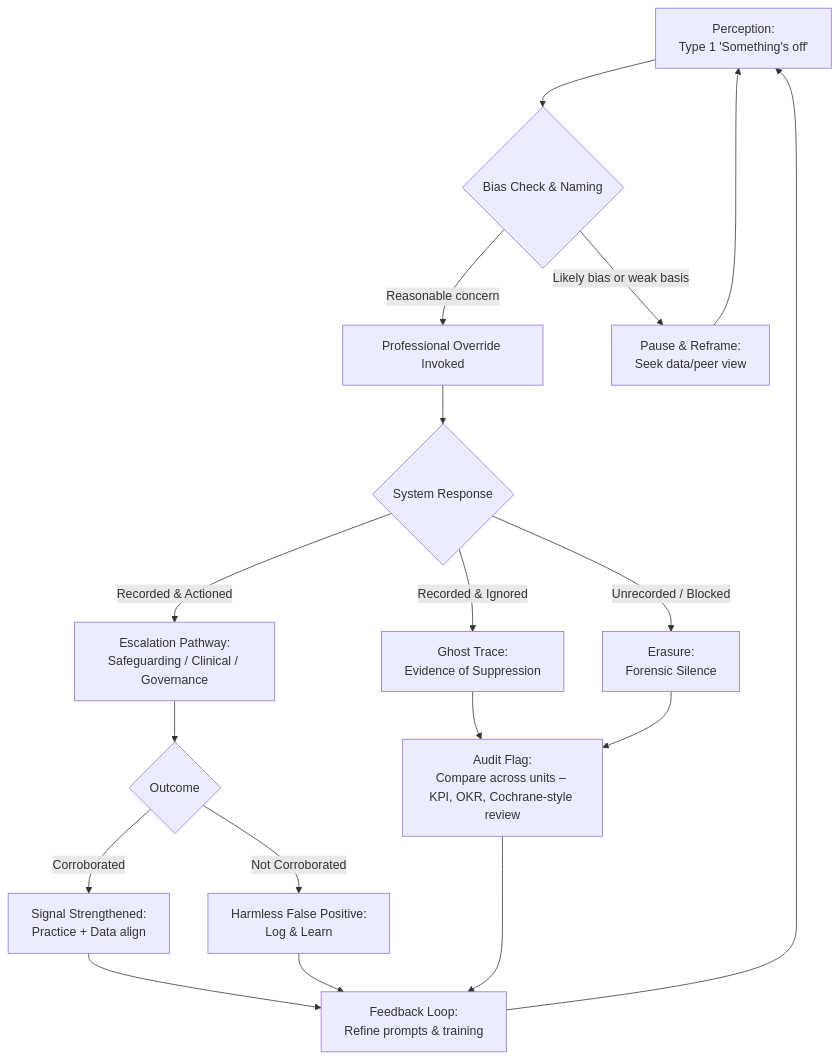
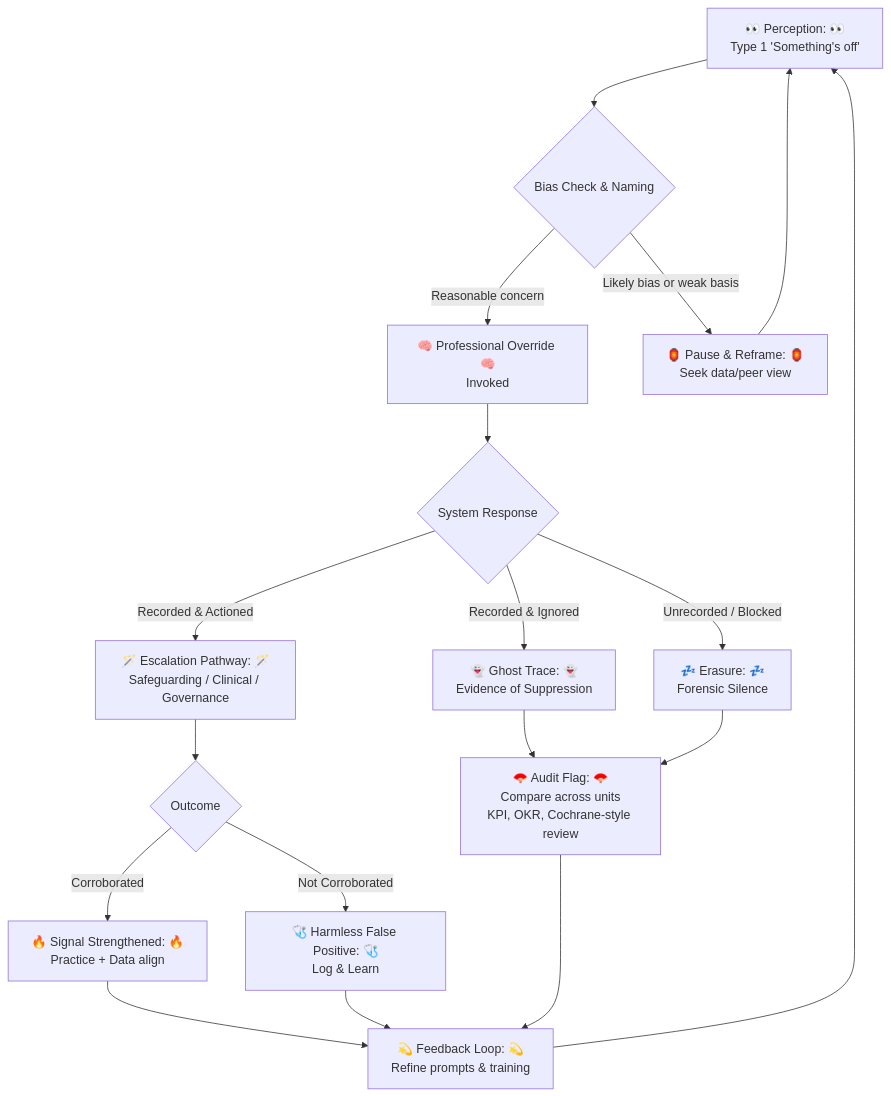
One commit to josefsbreakfast/Polaris-Protocol changed the diagram in Disruption_Kit/Big_Picture_Protocols/🌱_Human_Principles/🧠_intuition_as_skill.md. Above: the diagram before and after it, drawn with Mermaid. The commit also changed other lines of this file, not shown here.

````diff
--- a/Disruption_Kit/Big_Picture_Protocols/🌱_Human_Principles/🧠_intuition_as_skill.md
+++ b/Disruption_Kit/Big_Picture_Protocols/🌱_Human_Principles/🧠_intuition_as_skill.md
@@ -45,19 +44,19 @@
 ```mermaid
 flowchart TD
-    A[Perception:\nType 1 'Something's off'] --> B{Bias Check & Naming}
-    B -->|Reasonable concern| C[Professional Override Invoked]
-    B -->|Likely bias or weak basis| B2[Pause & Reframe:\nSeek data/peer view] --> A
+    A[👀 Perception: 👀<br>Type 1 'Something's off'] --> B{Bias Check & Naming}
+    B -->|Reasonable concern| C[🧠 Professional Override 🧠<br>Invoked]
+    B -->|Likely bias or weak basis| B2[🏮 Pause & Reframe: 🏮<br>Seek data/peer view] --> A
     C --> D{System Response}
-    D -->|Recorded & Actioned| E[Escalation Pathway:\nSafeguarding / Clinical / Governance]
-    D -->|Recorded & Ignored| F[Ghost Trace:\nEvidence of Suppression]
-    D -->|Unrecorded / Blocked| G[Erasure:\nForensic Silence]
+    D -->|Recorded & Actioned| E[🪄 Escalation Pathway: 🪄<br>Safeguarding / Clinical / Governance]
+    D -->|Recorded & Ignored| F[👻 Ghost Trace: 👻<br>Evidence of Suppression]
+    D -->|Unrecorded / Blocked| G[💤 Erasure: 💤<br>Forensic Silence]
     E --> H{Outcome}
-    H -->|Corroborated| I[Signal Strengthened:\nPractice + Data align]
-    H -->|Not Corroborated| J[Harmless False Positive:\nLog & Learn]
-    F --> K[Audit Flag:\nCompare across units – KPI, OKR, Cochrane-style review]
+    H -->|Corroborated| I[🔥 Signal Strengthened: 🔥<br>Practice + Data align]
+    H -->|Not Corroborated| J[🩺 Harmless False Positive: 🩺<br>Log & Learn]
+    F --> K[🪭 Audit Flag: 🪭<br>Compare across units<br>KPI, OKR, Cochrane-style review]
     G --> K
-    I --> L[Feedback Loop:\nRefine prompts & training]
+    I --> L[💫 Feedback Loop: 💫<br>Refine prompts & training]
     J --> L
     K --> L
     L --> A
 ```
````
